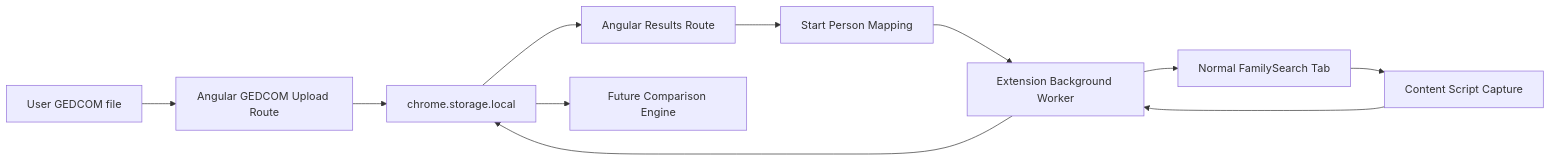
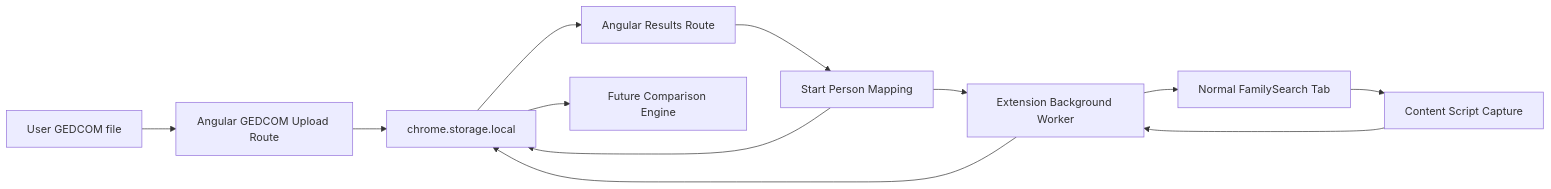
Before and after one commit to DragonsScales/FamilySearchGedcom: the diagram in DOCUMENTATION.md, drawn with Mermaid. The commit also changed other lines of this file and 33 other files, not shown here.

````diff
--- a/DOCUMENTATION.md
+++ b/DOCUMENTATION.md
@@ -30,13 +30,14 @@
 ```mermaid
 flowchart LR
   GEDCOM["User GEDCOM file"] --> Upload["Angular GEDCOM Upload Route"]
   Upload --> Storage["chrome.storage.local"]
   Storage --> Results["Angular Results Route"]
   Results --> Mapping["Start Person Mapping"]
   Mapping --> Background["Extension Background Worker"]
   Background --> Tab["Normal FamilySearch Tab"]
   Tab --> Content["Content Script Capture"]
   Content --> Background
   Background --> Storage
+  Mapping --> Storage
   Storage --> Compare["Future Comparison Engine"]
 ```
````
